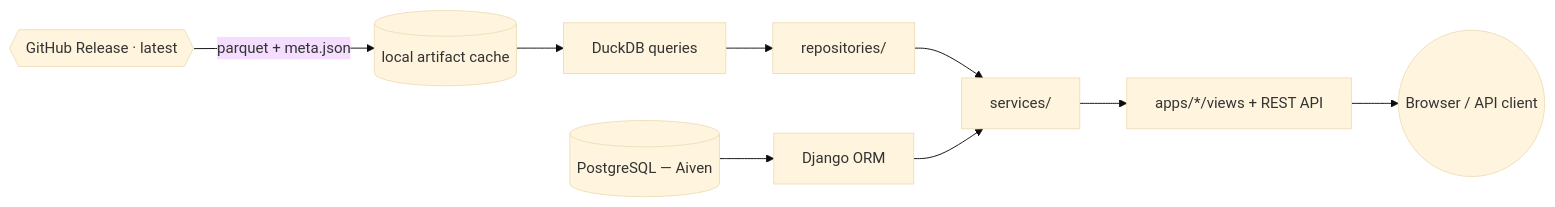
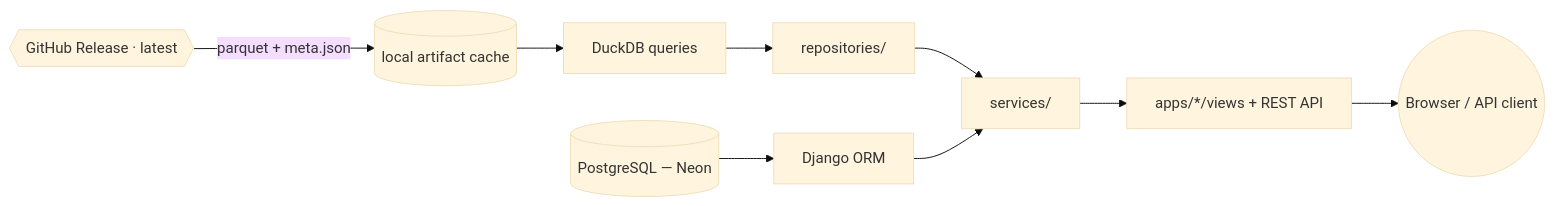
The second of 2 diagrams in README.md (alopezmoreira1989/fundamentals_databricks_pj), drawn with Mermaid (base theme) before and after one commit. The commit also changed other lines of this file and 4 other files, not shown here.

First line of the commit message:
feat(web): Neon PostgreSQL for production, automatic SQLite fallback for local dev

````diff
--- a/README.md
+++ b/README.md
@@ -742,12 +742,12 @@
 ```mermaid
 flowchart LR
     gh{{GitHub Release · latest}} -->|parquet + meta.json| cache[(local artifact cache)]
     cache --> duckdb[DuckDB queries]
     duckdb --> repo[repositories/]
     repo --> svc[services/]
     svc --> views[apps/*/views + REST API]
     views --> user((Browser / API client))
 
-    pg[(PostgreSQL — Aiven)] --> orm[Django ORM]
+    pg[(PostgreSQL — Neon)] --> orm[Django ORM]
     orm --> svc
 ```
````
